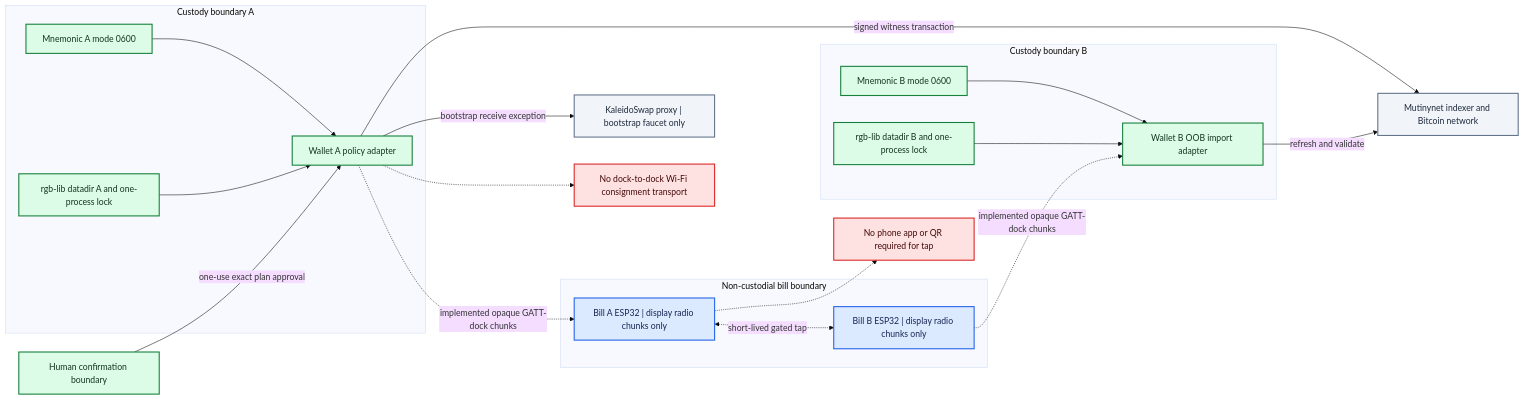
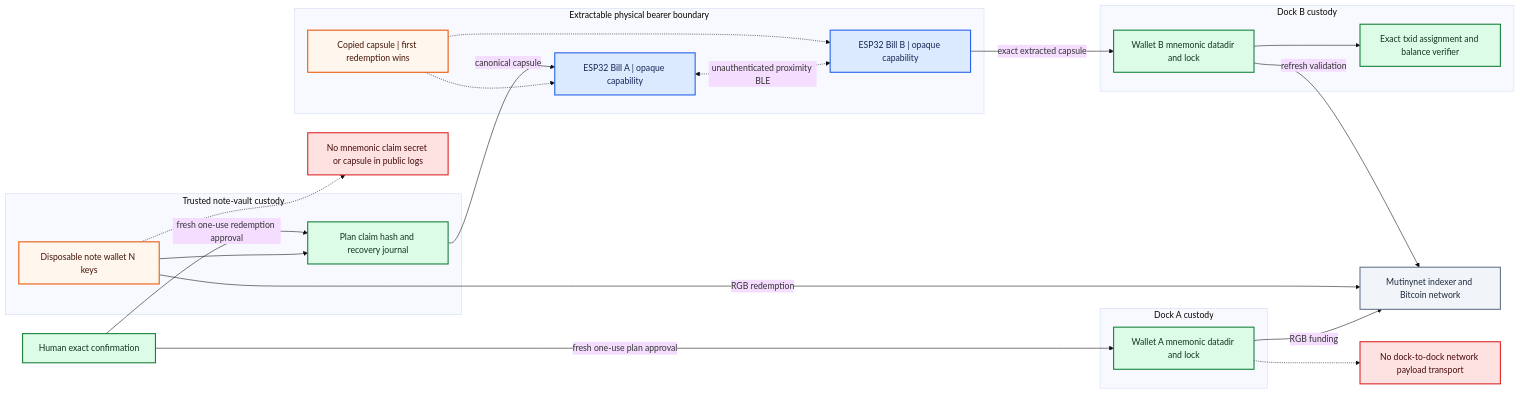
Before and after one commit to EdwinKestler/bill: the diagram in docs/diagrams/src/08-trust-boundaries.mmd, drawn with Mermaid (base theme). The commit also changed 76 other files, not shown here.

Commit message:
Add offline RGB bearer-note demo

```diff
--- a/docs/diagrams/src/08-trust-boundaries.mmd
+++ b/docs/diagrams/src/08-trust-boundaries.mmd
@@ -1,44 +1,47 @@
 flowchart LR
     classDef trusted fill:#dcfce7,stroke:#16803a,color:#12351f,stroke-width:2px
     classDef device fill:#dbeafe,stroke:#2563eb,color:#172554,stroke-width:2px
-    classDef planned fill:#fef3c7,stroke:#d97706,color:#4a2b05,stroke-width:2px,stroke-dasharray:6 4
     classDef external fill:#f1f5f9,stroke:#64748b,color:#1e293b,stroke-width:2px
+    classDef warning fill:#fff7ed,stroke:#ea580c,color:#431407,stroke-width:2px
     classDef denied fill:#fee2e2,stroke:#dc2626,color:#450a0a,stroke-width:2px
 
-    human["Human confirmation boundary"]:::trusted
+    human["Human exact confirmation"]:::trusted
 
-    subgraph custodyA["Custody boundary A"]
-        mnemonicA["Mnemonic A mode 0600"]:::trusted
-        datadirA["rgb-lib datadir A and one-process lock"]:::trusted
-        walletA["Wallet A policy adapter"]:::trusted
-        mnemonicA --> walletA
-        datadirA --> walletA
+    subgraph custodyA["Dock A custody"]
+        walletA["Wallet A mnemonic datadir and lock"]:::trusted
     end
 
-    subgraph radioBoundary["Non-custodial bill boundary"]
-        billA["Bill A ESP32 | display radio chunks only"]:::device
-        billB["Bill B ESP32 | display radio chunks only"]:::device
-        billA <-.->|"short-lived gated tap"| billB
+    subgraph vaultBoundary["Trusted note-vault custody"]
+        noteN["Disposable note wallet N keys"]:::warning
+        journal["Plan claim hash and recovery journal"]:::trusted
+        noteN --> journal
     end
 
-    subgraph custodyB["Custody boundary B"]
-        mnemonicB["Mnemonic B mode 0600"]:::trusted
-        datadirB["rgb-lib datadir B and one-process lock"]:::trusted
-        walletB["Wallet B OOB import adapter"]:::trusted
-        mnemonicB --> walletB
-        datadirB --> walletB
+    subgraph physical["Extractable physical bearer boundary"]
+        billA["ESP32 Bill A | opaque capability"]:::device
+        billB["ESP32 Bill B | opaque capability"]:::device
+        copyRisk["Copied capsule | first redemption wins"]:::warning
+        billA <-.->|"unauthenticated proximity BLE"| billB
+        copyRisk -.-> billA
+        copyRisk -.-> billB
+    end
+
+    subgraph custodyB["Dock B custody"]
+        walletB["Wallet B mnemonic datadir and lock"]:::trusted
+        verifier["Exact txid assignment and balance verifier"]:::trusted
+        walletB --> verifier
     end
 
     chain["Mutinynet indexer and Bitcoin network"]:::external
-    proxy["KaleidoSwap proxy | bootstrap faucet only"]:::external
-    wifiDenied["No dock-to-dock Wi-Fi consignment transport"]:::denied
-    phoneDenied["No phone app or QR required for tap"]:::denied
+    wifiDenied["No dock-to-dock network payload transport"]:::denied
+    secretDenied["No mnemonic claim secret or capsule in public logs"]:::denied
 
-    human -->|"one-use exact plan approval"| walletA
-    walletA -->|"signed witness transaction"| chain
-    walletB -->|"refresh and validate"| chain
-    walletA -.->|"implemented opaque GATT-dock chunks"| billA
-    billB -.->|"implemented opaque GATT-dock chunks"| walletB
-    walletA -->|"bootstrap receive exception"| proxy
+    human -->|"fresh one-use plan approval"| walletA
+    human -->|"fresh one-use redemption approval"| journal
+    walletA -->|"RGB funding"| chain
+    noteN -->|"RGB redemption"| chain
+    walletB -->|"refresh validation"| chain
+    journal -->|"canonical capsule"| billA
+    billB -->|"exact extracted capsule"| walletB
     walletA -.-> wifiDenied
-    billA -.-> phoneDenied
+    noteN -.-> secretDenied
```
